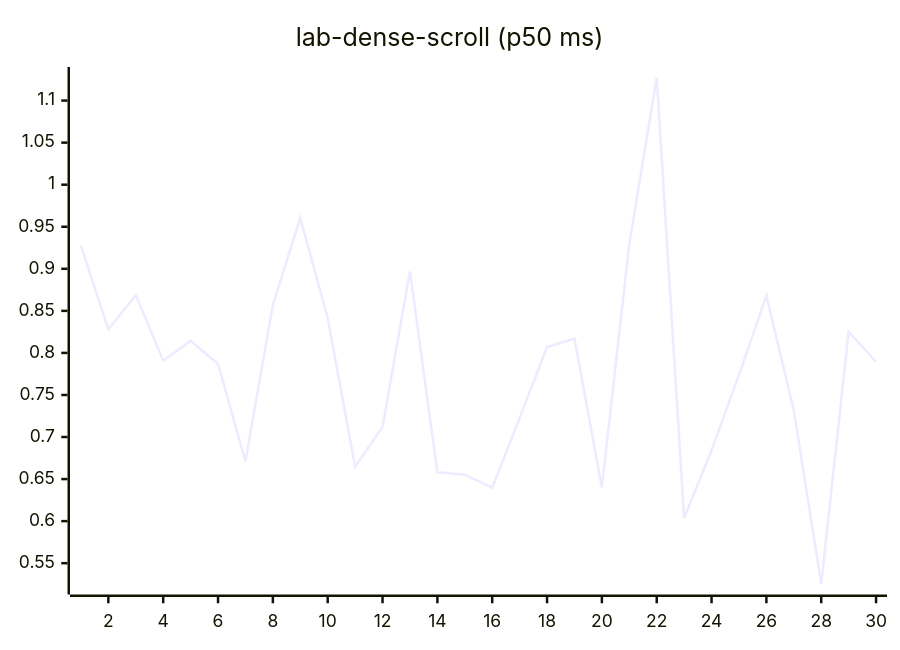
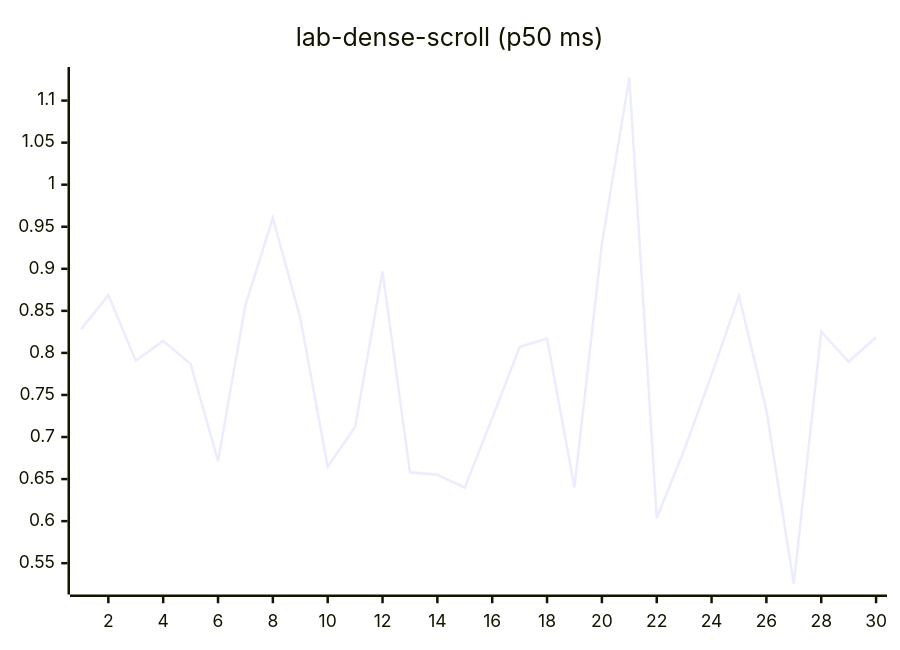
Before and after one commit to josha/Facet: diagram 12 of 27 in README.md, drawn with Mermaid. The commit also changed other lines of this file and 2 other files, not shown here.

````diff
--- a/README.md
+++ b/README.md
@@ -140,6 +140,6 @@
 ```mermaid
 xychart-beta
     title "lab-dense-scroll (p50 ms)"
     x-axis 1 --> 30
-    line [0.9275, 0.8280, 0.8687, 0.7908, 0.8143, 0.7869, 0.6713, 0.8570, 0.9604, 0.8416, 0.6647, 0.7120, 0.8968, 0.6580, 0.6552, 0.6397, 0.7226, 0.8071, 0.8171, 0.6401, 0.9297, 1.1273, 0.6038, 0.6843, 0.7739, 0.8680, 0.7317, 0.5254, 0.8252, 0.7895]
+    line [0.8280, 0.8687, 0.7908, 0.8143, 0.7869, 0.6713, 0.8570, 0.9604, 0.8416, 0.6647, 0.7120, 0.8968, 0.6580, 0.6552, 0.6397, 0.7226, 0.8071, 0.8171, 0.6401, 0.9297, 1.1273, 0.6038, 0.6843, 0.7739, 0.8680, 0.7317, 0.5254, 0.8252, 0.7895, 0.8186]
 ```
````
